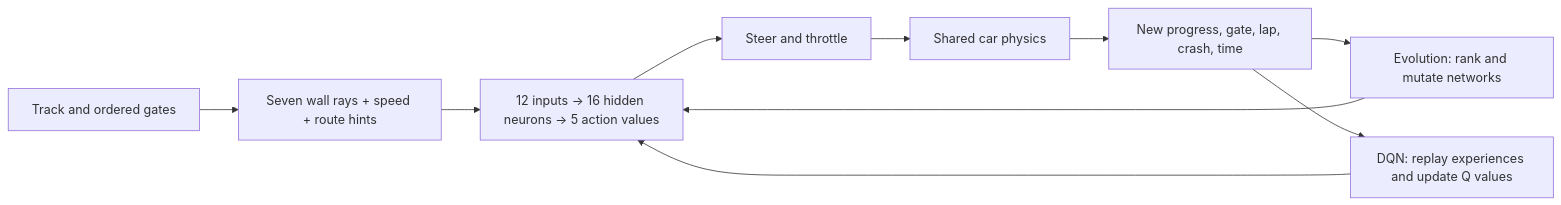
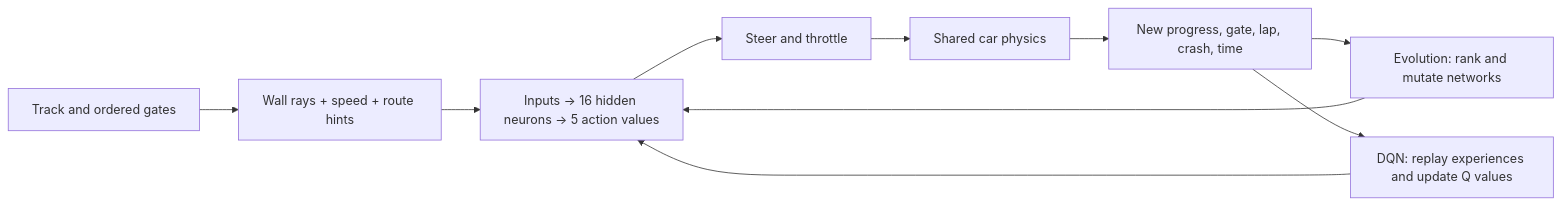
Before and after one commit to darkspaz-v1/racing-ml-lab: the diagram in README.md, drawn with Mermaid. The commit also changed other lines of this file and 36 other files, not shown here.

````diff
--- a/README.md
+++ b/README.md
@@ -33,12 +34,12 @@
 ```mermaid
 flowchart LR
-    T[Track and ordered gates] --> S[Seven wall rays + speed + route hints]
-    S --> N[12 inputs → 16 hidden neurons → 5 action values]
+    T[Track and ordered gates] --> S[Wall rays + speed + route hints]
+    S --> N[Inputs → 16 hidden neurons → 5 action values]
     N --> A[Steer and throttle]
     A --> P[Shared car physics]
     P --> F[New progress, gate, lap, crash, time]
     F --> E[Evolution: rank and mutate networks]
     F --> D[DQN: replay experiences and update Q values]
     E --> N
     D --> N
 ```
````
